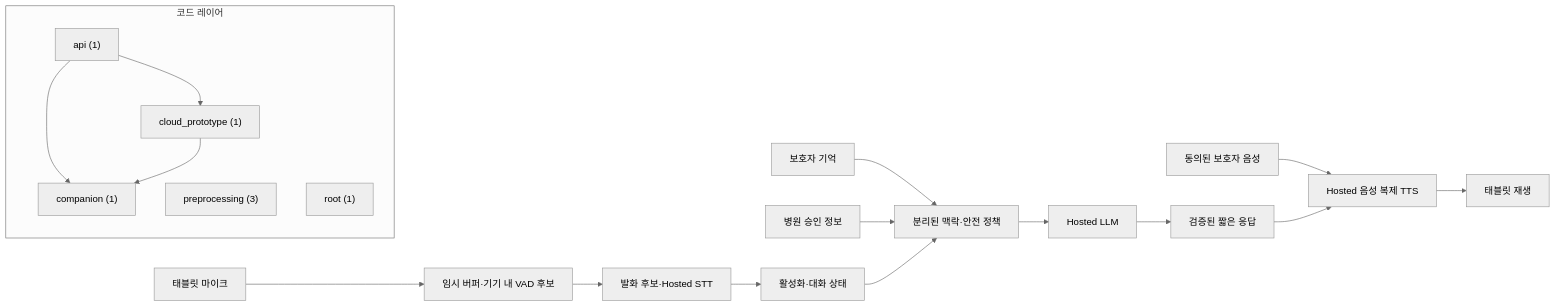
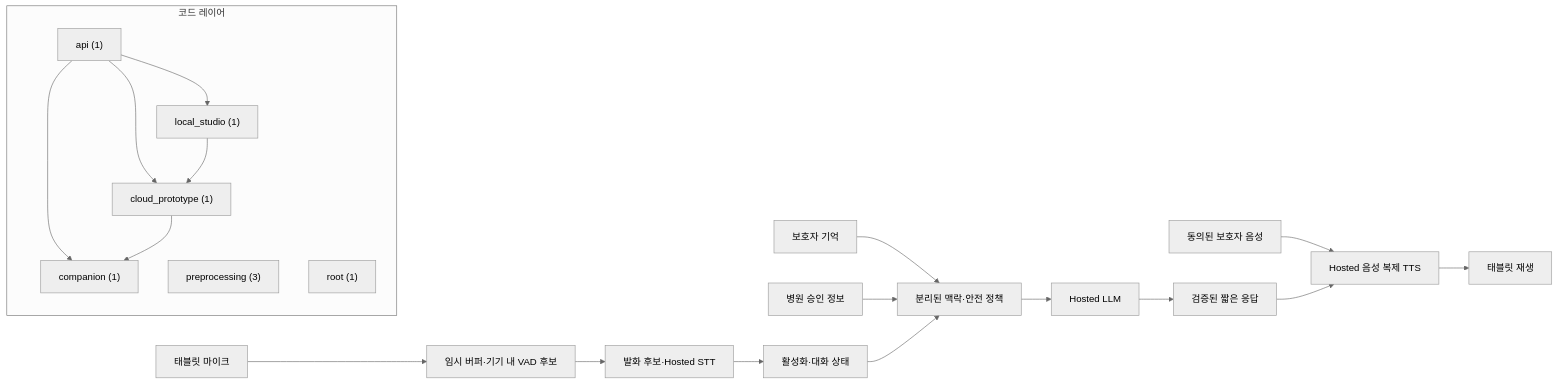
Before and after one commit to GracieRho/KoF5-TTS-delirium: the diagram in architecture/generated/project-map.md, drawn with Mermaid (neutral theme). The commit also changed other lines of this file and 260 other files, not shown here.

````diff
--- a/architecture/generated/project-map.md
+++ b/architecture/generated/project-map.md
@@ -5,25 +5,28 @@
 ```mermaid
 flowchart LR
   mic["태블릿 마이크"] --> vad["임시 버퍼·기기 내 VAD 후보"]
   vad --> stt["발화 후보·Hosted STT"]
   stt --> activation["활성화·대화 상태"]
   family["보호자 기억"] --> context["분리된 맥락·안전 정책"]
   hospital["병원 승인 정보"] --> context
   activation --> context
   context --> llm["Hosted LLM"]
   llm --> response["검증된 짧은 응답"]
   guardian["동의된 보호자 음성"] --> voice["Hosted 음성 복제 TTS"]
   response --> voice
   voice --> tablet["태블릿 재생"]
 
   subgraph code["코드 레이어"]
     layer_api["api (1)"]
     layer_cloud_prototype["cloud_prototype (1)"]
     layer_companion["companion (1)"]
+    layer_local_studio["local_studio (1)"]
     layer_preprocessing["preprocessing (3)"]
     layer_root["root (1)"]
     layer_api --> layer_cloud_prototype
     layer_api --> layer_companion
+    layer_api --> layer_local_studio
     layer_cloud_prototype --> layer_companion
+    layer_local_studio --> layer_cloud_prototype
   end
 ```
````
